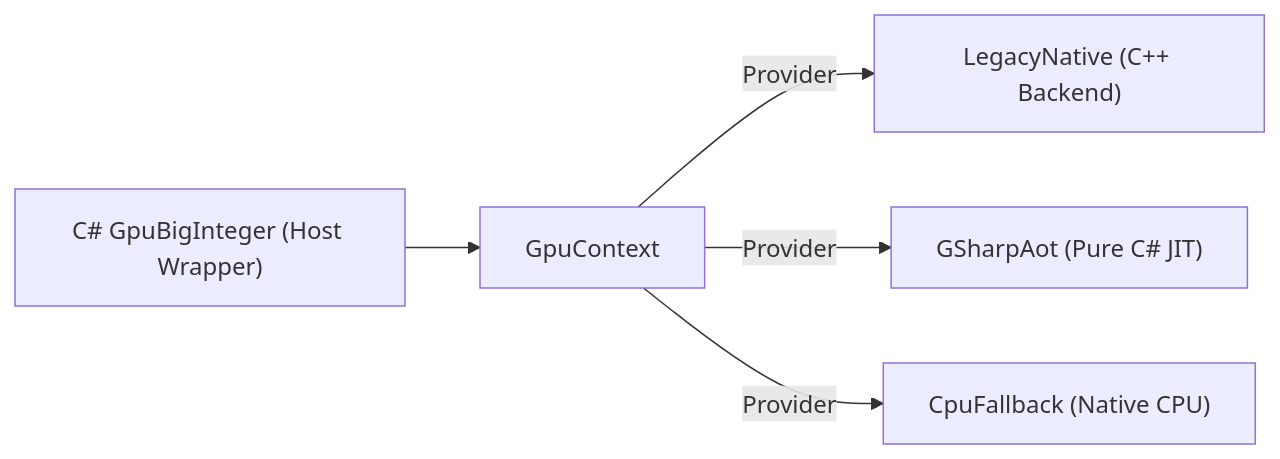
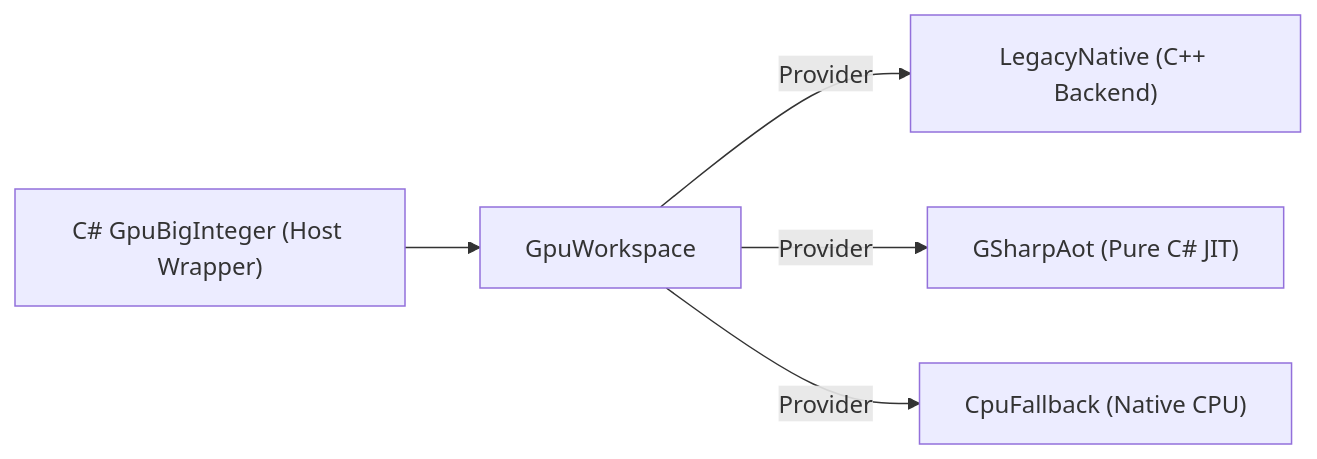
The first of 3 diagrams in docs/spec/en/02_architecture/04_bignum_internals.md (kassyi/Henicos), drawn with Mermaid before and after one commit. The commit also changed other lines of this file and 58 other files, not shown here.

First line of the commit message:
docs(spec): sync GpuWorkspace and bulk disposal patterns

````diff
--- a/docs/spec/en/02_architecture/04_bignum_internals.md
+++ b/docs/spec/en/02_architecture/04_bignum_internals.md
@@ -205,7 +205,7 @@
 ```mermaid
 flowchart LR
-    Host["C# GpuBigInteger (Host Wrapper)"] --> Context["GpuContext"]
+    Host["C# GpuBigInteger (Host Wrapper)"] --> Context["GpuWorkspace"]
     Context -->|Provider| Native["LegacyNative (C++ Backend)"]
     Context -->|Provider| AOT["GSharpAot (Pure C# JIT)"]
     Context -->|Provider| CPU["CpuFallback (Native CPU)"]
 ```
````
